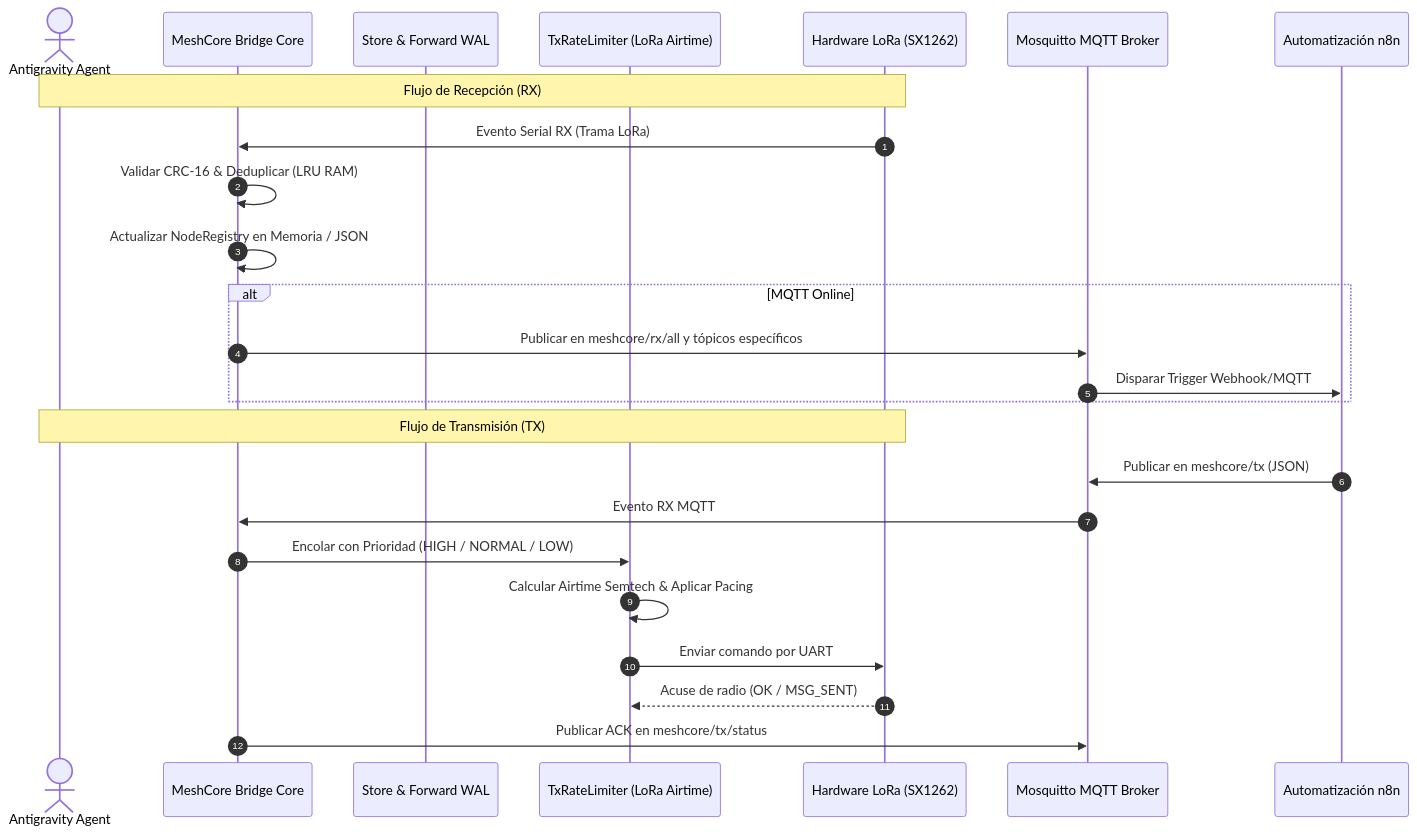
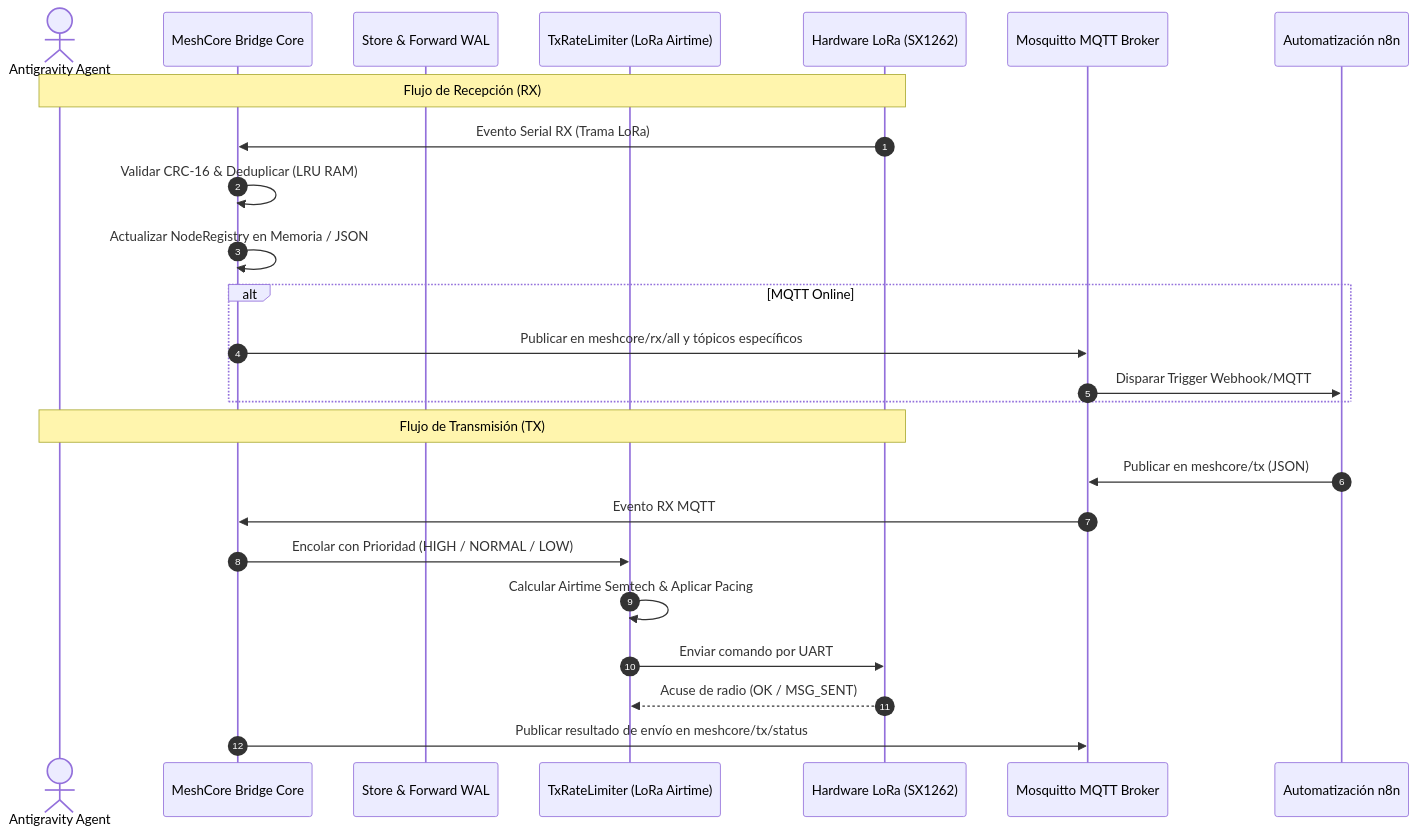
The diagram in docs/reference_analysis/04_INTEGRATION_GUIDE_FOR_AGENTS.md (cyber89/meshcore-bridge-client), drawn with Mermaid before and after one commit. The commit also changed other lines of this file and 19 other files, not shown here.

````diff
--- a/docs/reference_analysis/04_INTEGRATION_GUIDE_FOR_AGENTS.md
+++ b/docs/reference_analysis/04_INTEGRATION_GUIDE_FOR_AGENTS.md
@@ -13,29 +13,29 @@
 ```mermaid
 sequenceDiagram
     autonumber
     actor DevOrAgent as Antigravity Agent
     participant Bridge as MeshCore Bridge Core
     participant SQLite as Store & Forward WAL
     participant RateLimiter as TxRateLimiter (LoRa Airtime)
     participant HW as Hardware LoRa (SX1262)
     participant MQTT as Mosquitto MQTT Broker
     participant N8N as Automatización n8n
 
     Note over DevOrAgent,HW: Flujo de Recepción (RX)
     HW->>Bridge: Evento Serial RX (Trama LoRa)
     Bridge->>Bridge: Validar CRC-16 & Deduplicar (LRU RAM)
     Bridge->>Bridge: Actualizar NodeRegistry en Memoria / JSON
     alt MQTT Online
         Bridge->>MQTT: Publicar en meshcore/rx/all y tópicos específicos
         MQTT->>N8N: Disparar Trigger Webhook/MQTT
     end
 
     Note over DevOrAgent,HW: Flujo de Transmisión (TX)
     N8N->>MQTT: Publicar en meshcore/tx (JSON)
     MQTT->>Bridge: Evento RX MQTT
     Bridge->>RateLimiter: Encolar con Prioridad (HIGH / NORMAL / LOW)
     RateLimiter->>RateLimiter: Calcular Airtime Semtech & Aplicar Pacing
     RateLimiter->>HW: Enviar comando por UART
     HW-->>RateLimiter: Acuse de radio (OK / MSG_SENT)
-    Bridge->>MQTT: Publicar ACK en meshcore/tx/status
+    Bridge->>MQTT: Publicar resultado de envío en meshcore/tx/status
 ```
````
